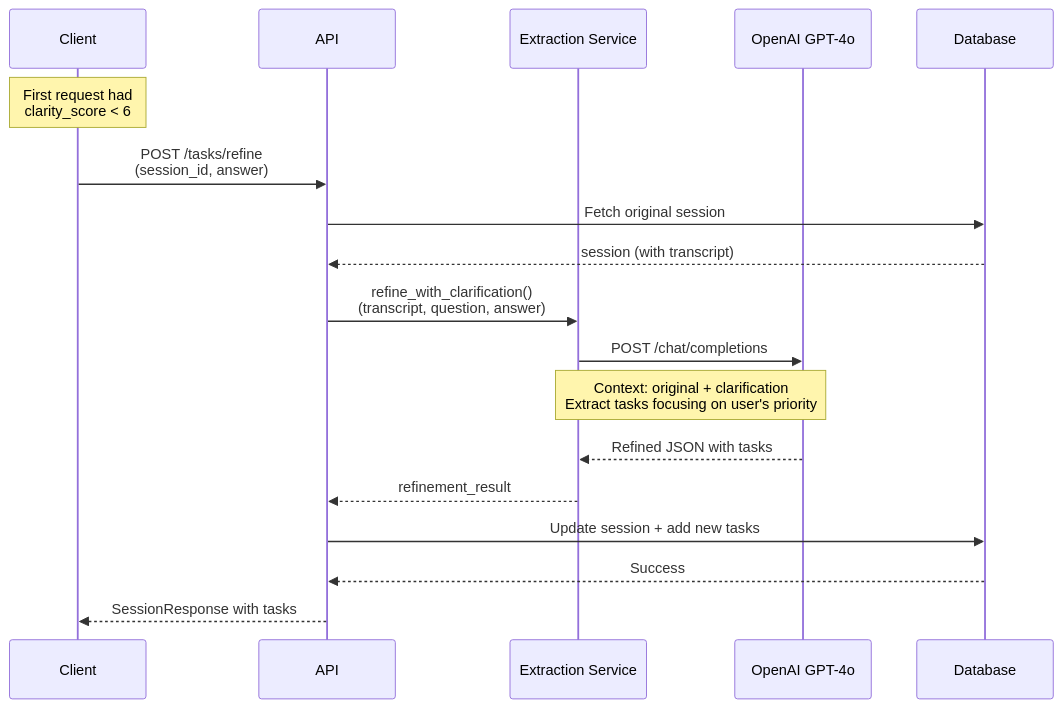
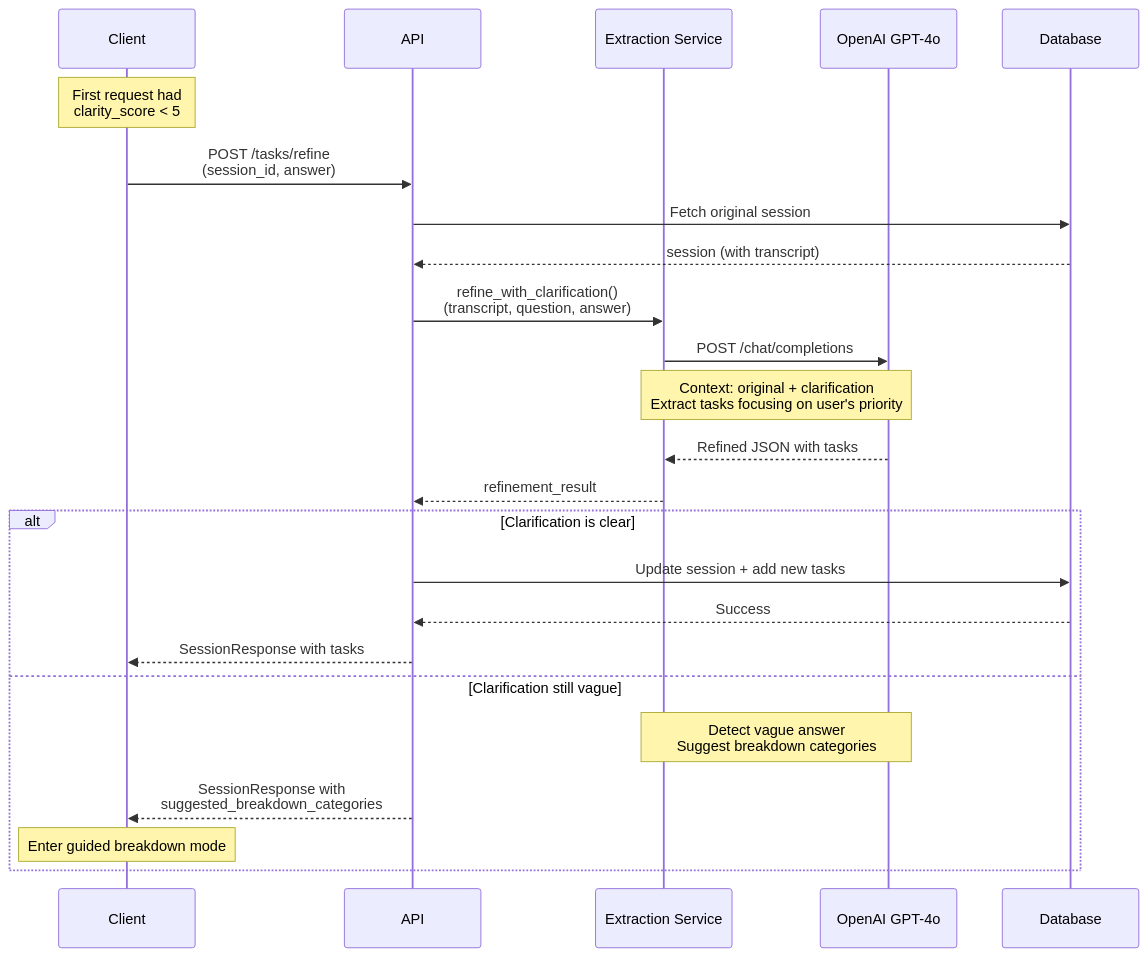
One commit to NewtonPP/Project-Important changed the third of 8 diagrams in ARCHITECTURE.md. Above: the diagram before and after it, drawn with Mermaid. The commit also changed other lines of this file and 22 other files, not shown here.

First line of the commit message:
Implement guided breakdown clarification system and streamline documentation

````diff
--- a/ARCHITECTURE.md
+++ b/ARCHITECTURE.md
@@ -88,25 +89,30 @@
 ```mermaid
 sequenceDiagram
     participant Client
     participant API
     participant Extract as Extraction Service
     participant GPT as OpenAI GPT-4o
     participant DB as Database
     
-    Note over Client: First request had<br/>clarity_score < 6
+    Note over Client: First request had<br/>clarity_score < 5
     
     Client->>API: POST /tasks/refine<br/>(session_id, answer)
     API->>DB: Fetch original session
     DB-->>API: session (with transcript)
     
     API->>Extract: refine_with_clarification()<br/>(transcript, question, answer)
     Extract->>GPT: POST /chat/completions
     Note over Extract,GPT: Context: original + clarification<br/>Extract tasks focusing on user's priority
     GPT-->>Extract: Refined JSON with tasks
     Extract-->>API: refinement_result
     
-    API->>DB: Update session + add new tasks
-    DB-->>API: Success
-    
-    API-->>Client: SessionResponse with tasks
+    alt Clarification is clear
+        API->>DB: Update session + add new tasks
+        DB-->>API: Success
+        API-->>Client: SessionResponse with tasks
+    else Clarification still vague
+        Note over Extract,GPT: Detect vague answer<br/>Suggest breakdown categories
+        API-->>Client: SessionResponse with<br/>suggested_breakdown_categories
+        Note over Client: Enter guided breakdown mode
+    end
 ```
````
